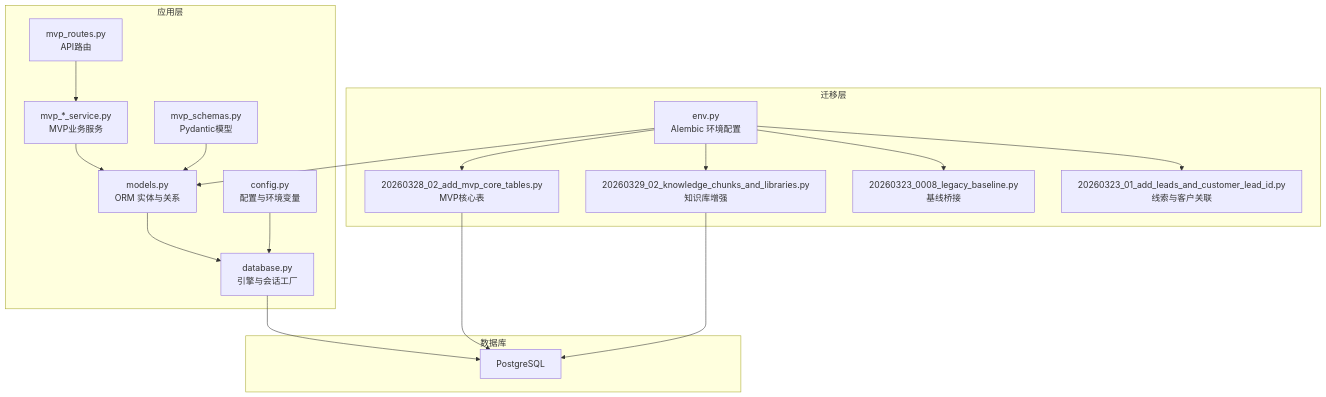
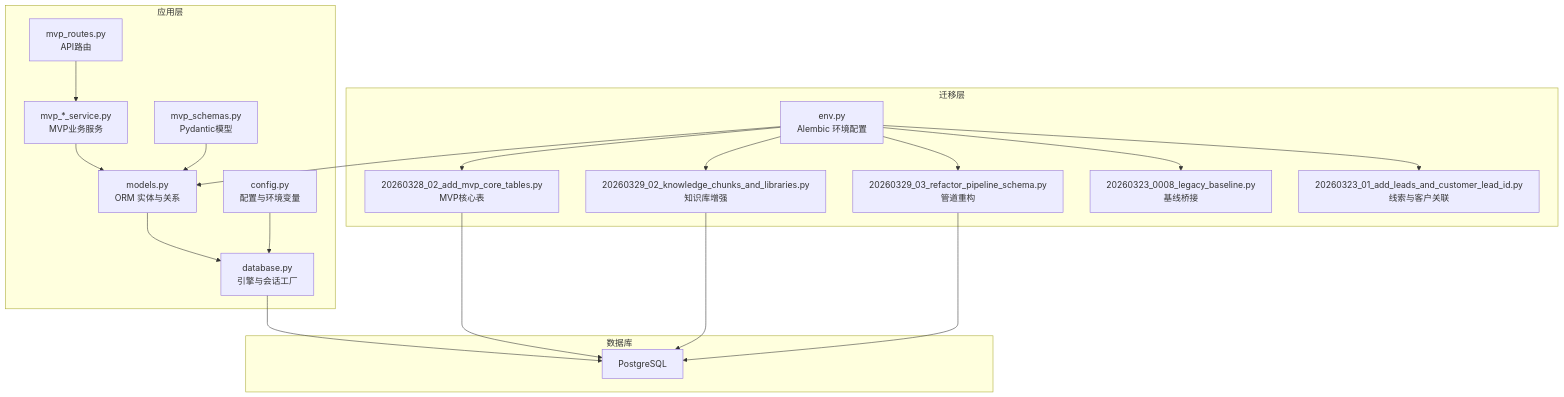
One commit to dream-ze/AI_huoke- changed the first of 6 diagrams in .qoder/repowiki/zh/content/数据库设计/数据库设计.md. Above: the diagram before and after it, drawn with Mermaid. The commit also changed other lines of this file and 64 other files, not shown here.

````diff
--- a/.qoder/repowiki/zh/content/数据库设计/数据库设计.md
+++ b/.qoder/repowiki/zh/content/数据库设计/数据库设计.md
@@ -41,34 +53,37 @@
 ```mermaid
 graph TB
 subgraph "应用层"
 A["models.py<br/>ORM 实体与关系"]
 B["database.py<br/>引擎与会话工厂"]
 C["config.py<br/>配置与环境变量"]
 D["mvp_*_service.py<br/>MVP业务服务"]
 E["mvp_routes.py<br/>API路由"]
 F["mvp_schemas.py<br/>Pydantic模型"]
 end
 subgraph "迁移层"
 G["env.py<br/>Alembic 环境配置"]
 H["20260328_02_add_mvp_core_tables.py<br/>MVP核心表"]
 I["20260329_02_knowledge_chunks_and_libraries.py<br/>知识库增强"]
-J["20260323_0008_legacy_baseline.py<br/>基线桥接"]
-K["20260323_01_add_leads_and_customer_lead_id.py<br/>线索与客户关联"]
+J["20260329_03_refactor_pipeline_schema.py<br/>管道重构"]
+K["20260323_0008_legacy_baseline.py<br/>基线桥接"]
+L["20260323_01_add_leads_and_customer_lead_id.py<br/>线索与客户关联"]
 end
 subgraph "数据库"
 PG["PostgreSQL"]
 end
 A --> B
 B --> PG
 C --> B
 D --> A
 E --> D
 F --> A
 G --> A
 G --> H
 G --> I
 G --> J
 G --> K
+G --> L
 H --> PG
 I --> PG
+J --> PG
 ```
````
